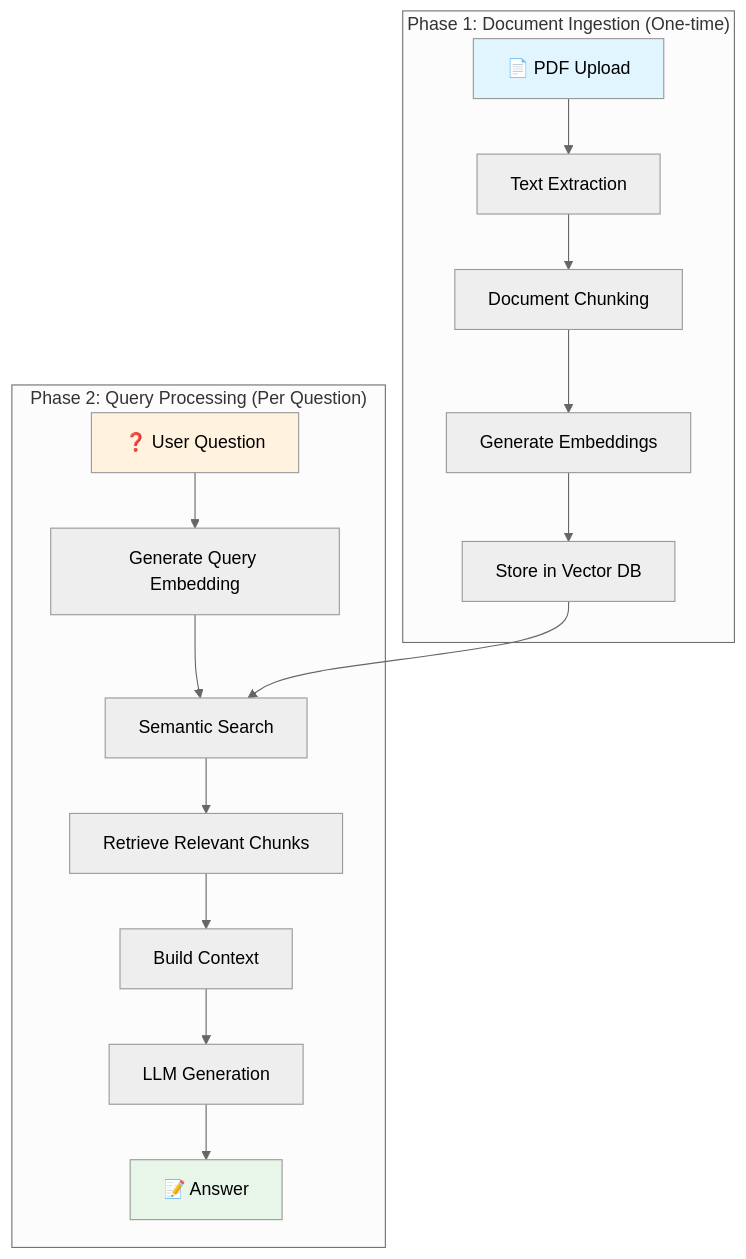
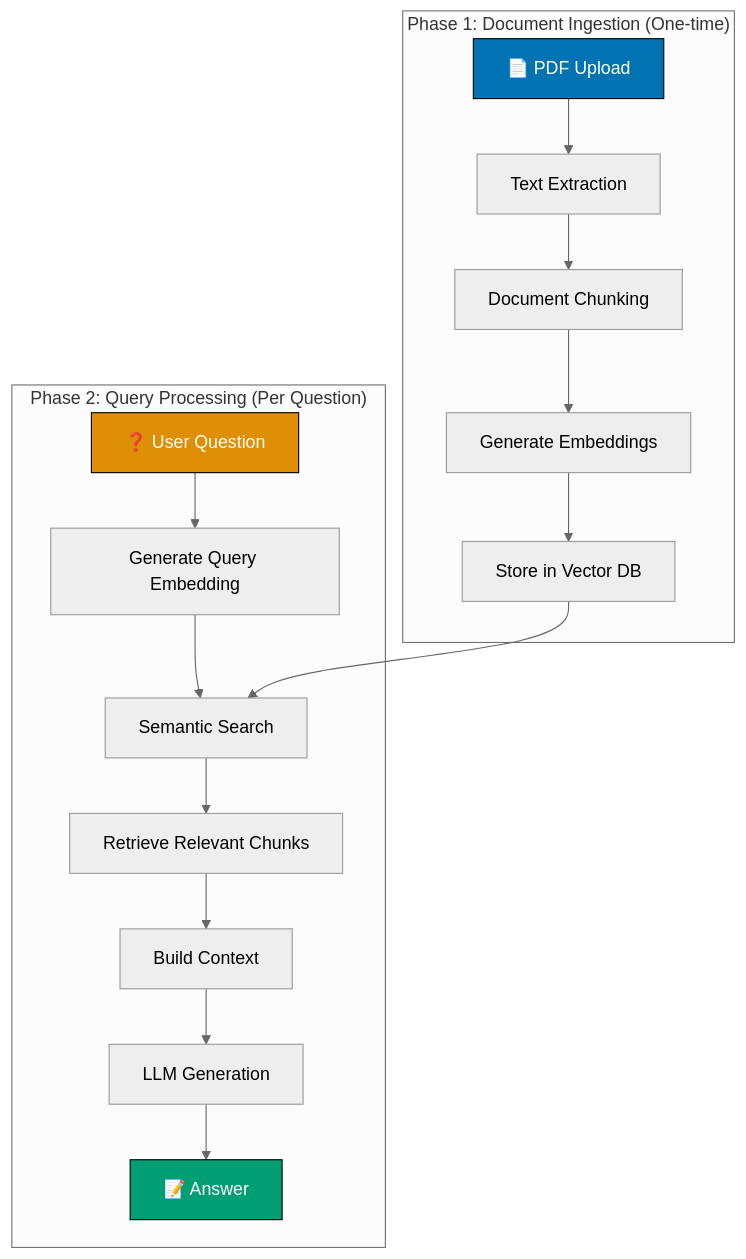
The first of 8 diagrams in docs/tutorials/ai-engineering/tu-aien__chat-with-pdf.md (wahidyankf/open-sharia-enterprise), drawn with Mermaid (neutral theme) before and after one commit. The commit also changed other lines of this file and 22 other files, not shown here.

First line of the commit message:
docs(diagrams): ensure all mermaid diagrams use color-blind friendly palette

````diff
--- a/docs/tutorials/ai-engineering/tu-aien__chat-with-pdf.md
+++ b/docs/tutorials/ai-engineering/tu-aien__chat-with-pdf.md
@@ -52,23 +55,23 @@
 ```mermaid
 graph TB
 	subgraph "Phase 1: Document Ingestion (One-time)"
 		A[📄 PDF Upload] --> B[Text Extraction]
 		B --> C[Document Chunking]
 		C --> D[Generate Embeddings]
 		D --> E[Store in Vector DB]
 	end
 
 	subgraph "Phase 2: Query Processing (Per Question)"
 		F[❓ User Question] --> G[Generate Query Embedding]
 		G --> H[Semantic Search]
 		E --> H
 		H --> I[Retrieve Relevant Chunks]
 		I --> J[Build Context]
 		J --> K[LLM Generation]
 		K --> L[📝 Answer]
 	end
 
-	style A fill:#e1f5ff
-	style F fill:#fff3e0
-	style L fill:#e8f5e9
+	style A fill:#0173B2,stroke:#000000,color:#FFFFFF
+	style F fill:#DE8F05,stroke:#000000,color:#FFFFFF
+	style L fill:#029E73,stroke:#000000,color:#FFFFFF
 ```
````
